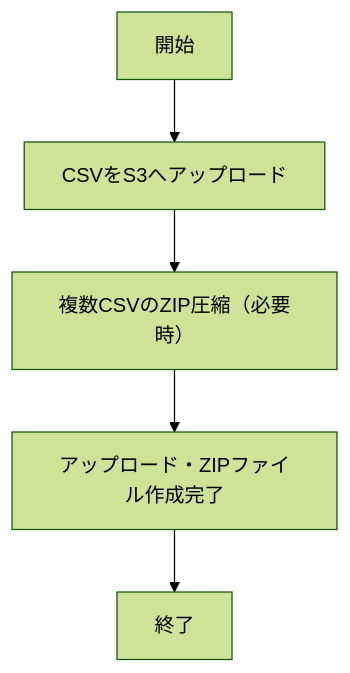
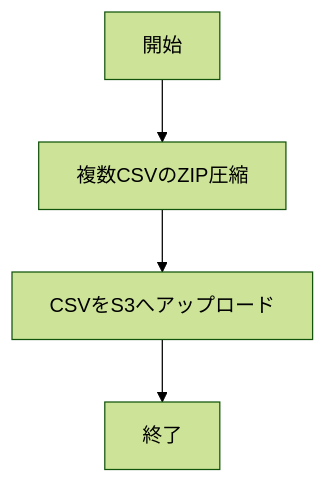
Before and after one commit to tk826/OpenHands-Test: the fourth of 4 diagrams in BD_DD.md, drawn with Mermaid (forest theme). The commit also changed other lines of this file, not shown here.

````diff
--- a/BD_DD.md
+++ b/BD_DD.md
@@ -56,7 +47,6 @@
 ```mermaid
 graph TD;
-    A[開始] --> B[CSVをS3へアップロード]
-    B --> C[複数CSVのZIP圧縮（必要時）]
-    C --> D[アップロード・ZIPファイル作成完了]
-    D --> E[終了]
+    A[開始] --> B[複数CSVのZIP圧縮]
+    B --> C[CSVをS3へアップロード]
+    C --> E[終了]
 ```
````
